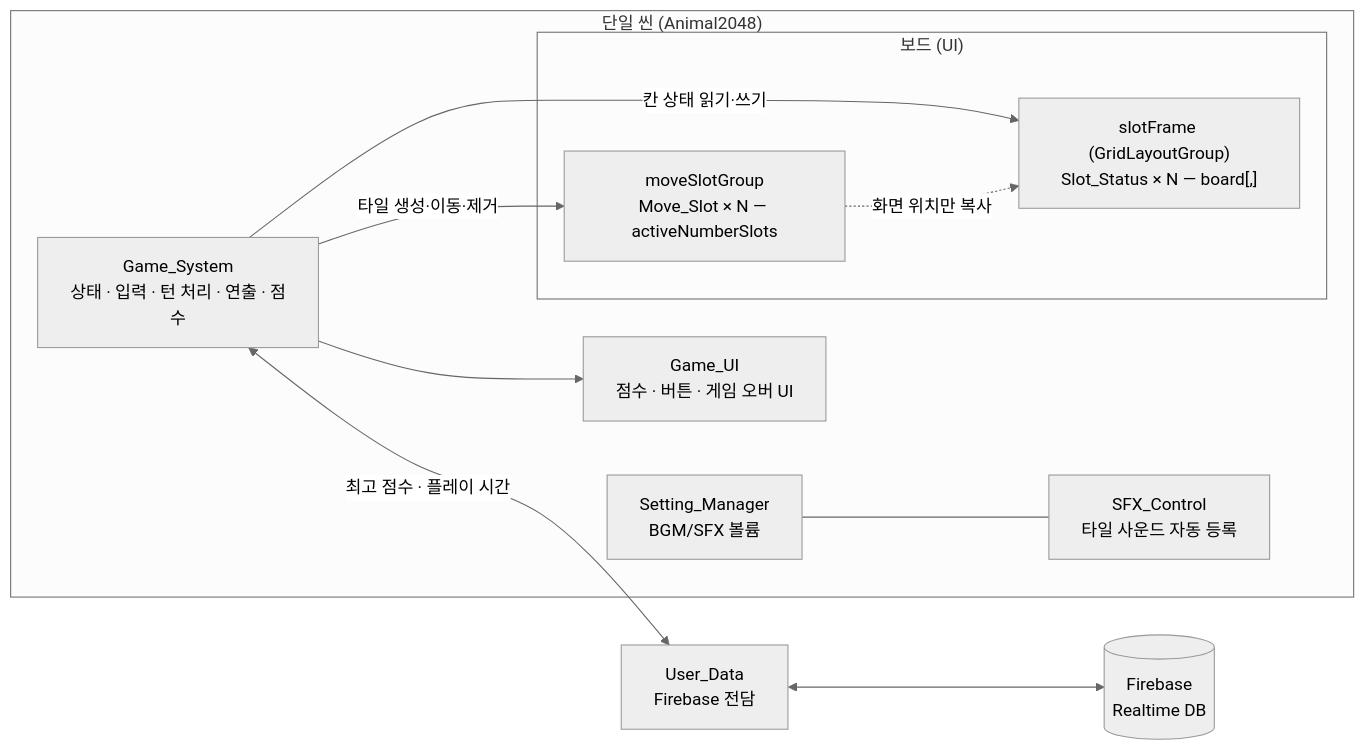
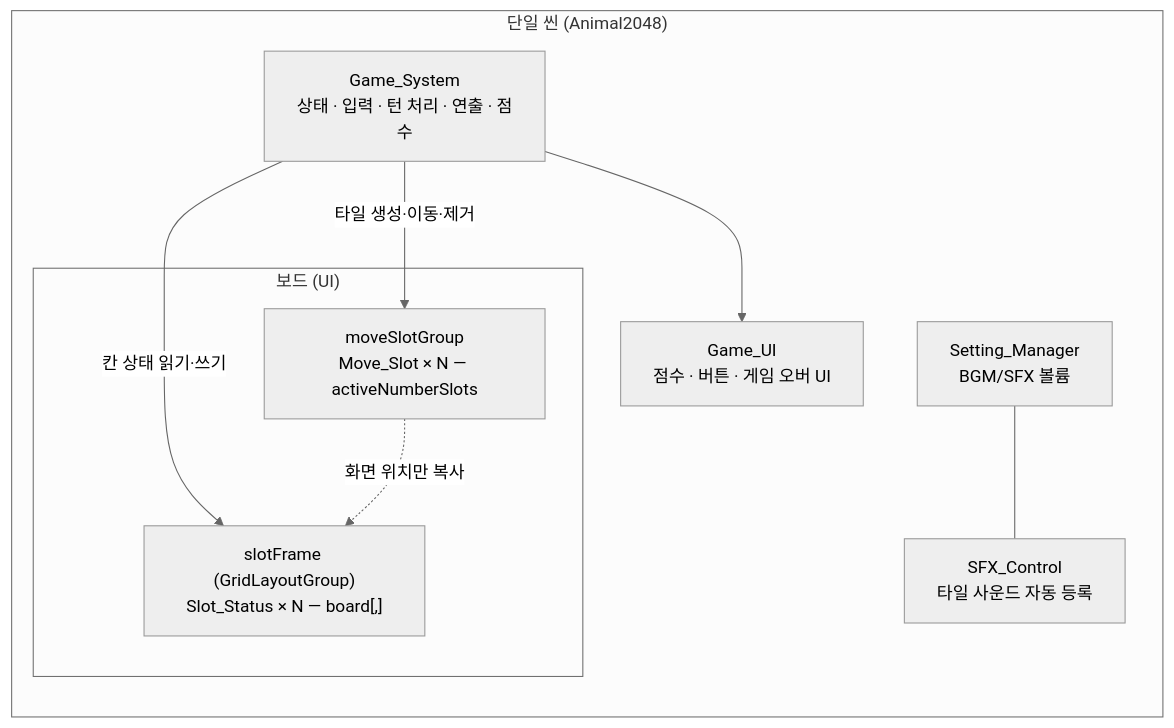
The second of 5 diagrams in src/06-meow2048/기술문서.md (NaJungWon/portfolio), drawn with Mermaid before and after one commit. The commit also changed other lines of this file and 9 other files, not shown here.

````diff
--- a/src/06-meow2048/기술문서.md
+++ b/src/06-meow2048/기술문서.md
@@ -70,18 +77,16 @@
 ```mermaid
 %%{init: {'theme':'neutral'}}%%
 flowchart LR
     subgraph Scene["단일 씬 (Animal2048)"]
         GS["Game_System<br/>상태 · 입력 · 턴 처리 · 연출 · 점수"]
         subgraph Board["보드 (UI)"]
             F["slotFrame (GridLayoutGroup)<br/>Slot_Status × N — board[,]"]
             T["moveSlotGroup<br/>Move_Slot × N — activeNumberSlots"]
         end
         GS -->|칸 상태 읽기·쓰기| F
         GS -->|타일 생성·이동·제거| T
         T -.->|"화면 위치만 복사"| F
         GS --> UI["Game_UI<br/>점수 · 버튼 · 게임 오버 UI"]
         SM["Setting_Manager<br/>BGM/SFX 볼륨"] --- SFX["SFX_Control<br/>타일 사운드 자동 등록"]
     end
-    GS <-->|최고 점수 · 플레이 시간| UD["User_Data<br/>Firebase 전담"]
-    UD <--> DB[("Firebase<br/>Realtime DB")]
 ```
````
